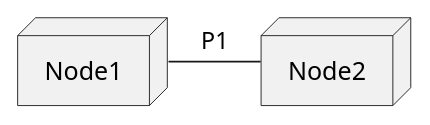
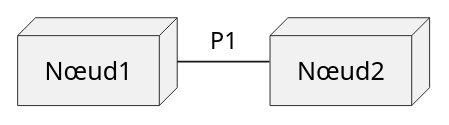
One commit to gigl-uml/Guide_uml_polymtl changed the diagram in plant_uml/communicationRelationExample.plantuml. Above: the diagram before and after it, drawn with PlantUML. The commit also changed 9 other files, not shown here.

```diff
--- a/plant_uml/communicationRelationExample.plantuml
+++ b/plant_uml/communicationRelationExample.plantuml
@@ -1,8 +1,8 @@
 @startuml
 skinparam backgroundcolor transparent
-node Node1 
-node Node2
+node Nœud1 
+node Nœud2
 
-Node1 -r-- Node2: P1
+Nœud1 -r-- Nœud2: P1
 
 @enduml
```
